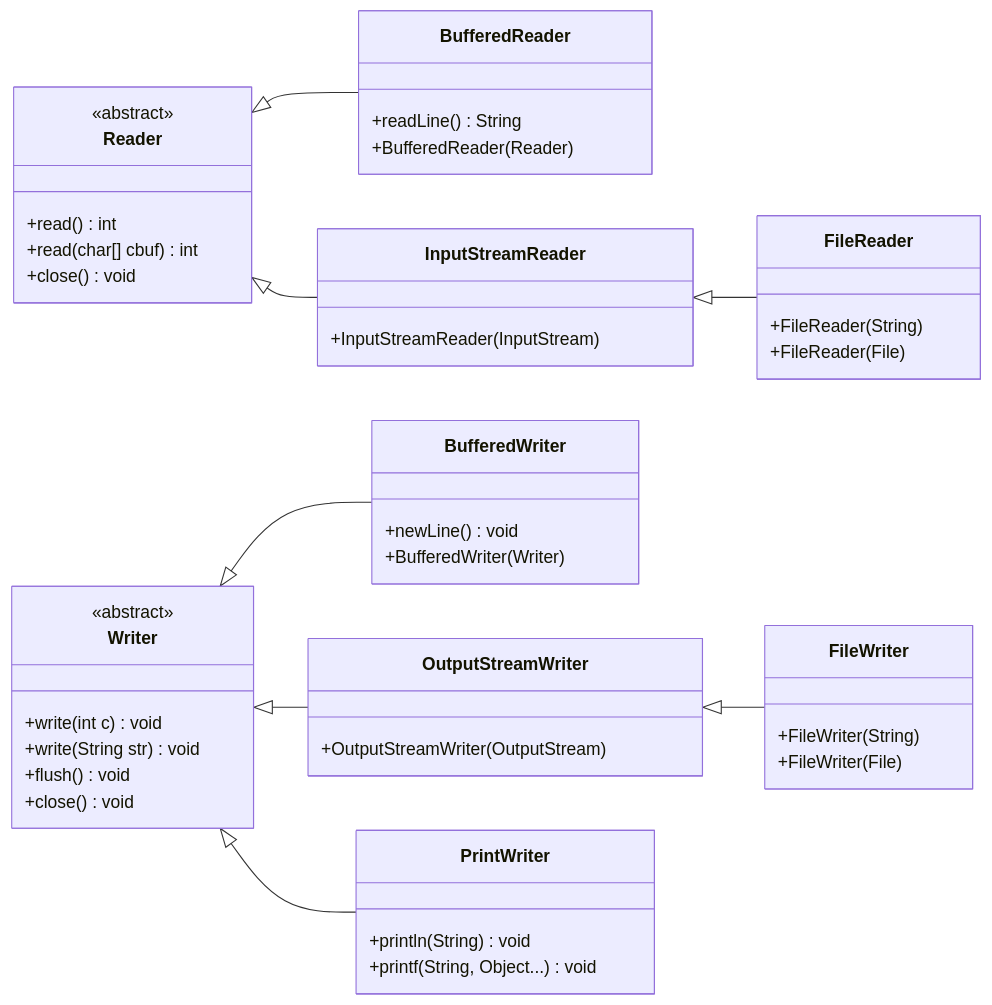
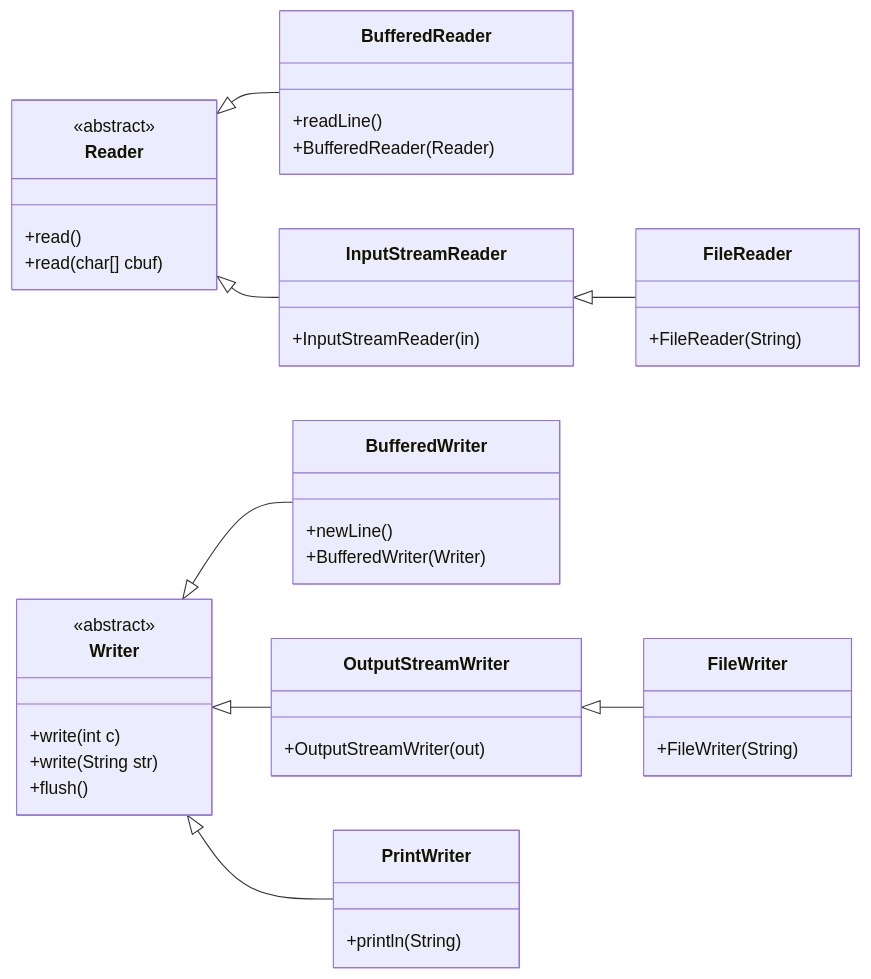
Before and after one commit to Nagatani/techbook-java-primer: the diagram in docs/diagrams/chapter14-char-stream-hierarchy.mmd, drawn with Mermaid. The commit also changed 86 other files, not shown here.

First line of the commit message:
feat: 図の文字をBIZ UDPゴシックにする

```diff
--- a/docs/diagrams/chapter14-char-stream-hierarchy.mmd
+++ b/docs/diagrams/chapter14-char-stream-hierarchy.mmd
@@ -1,59 +1,54 @@
 classDiagram
     direction LR
     class Reader {
         <<abstract>>
-        +read() int
-        +read(char[] cbuf) int
-        +close() void
+        +read()
+        +read(char[] cbuf)
     }
     
     class FileReader {
         +FileReader(String)
-        +FileReader(File)
     }
     
     class BufferedReader {
-        +readLine() String
+        +readLine()
         +BufferedReader(Reader)
     }
     
     class InputStreamReader {
-        +InputStreamReader(InputStream)
+        +InputStreamReader(in)
     }
     
     class Writer {
         <<abstract>>
-        +write(int c) void
-        +write(String str) void
-        +flush() void
-        +close() void
+        +write(int c)
+        +write(String str)
+        +flush()
     }
     
     class FileWriter {
         +FileWriter(String)
-        +FileWriter(File)
     }
     
     class BufferedWriter {
-        +newLine() void
+        +newLine()
         +BufferedWriter(Writer)
     }
     
     class OutputStreamWriter {
-        +OutputStreamWriter(OutputStream)
+        +OutputStreamWriter(out)
     }
     
     class PrintWriter {
-        +println(String) void
-        +printf(String, Object...) void
+        +println(String)
     }
     
     Reader <|-- BufferedReader
     Reader <|-- InputStreamReader
     
     Writer <|-- BufferedWriter
     Writer <|-- OutputStreamWriter
     Writer <|-- PrintWriter
     
     InputStreamReader <|-- FileReader
     OutputStreamWriter <|-- FileWriter
```
